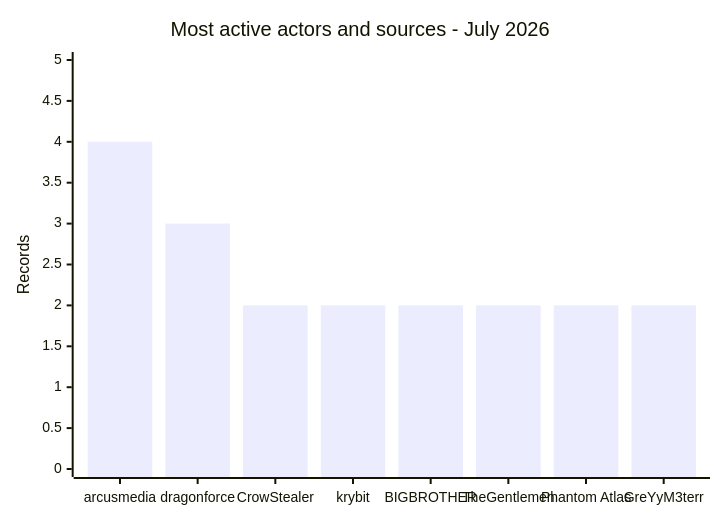
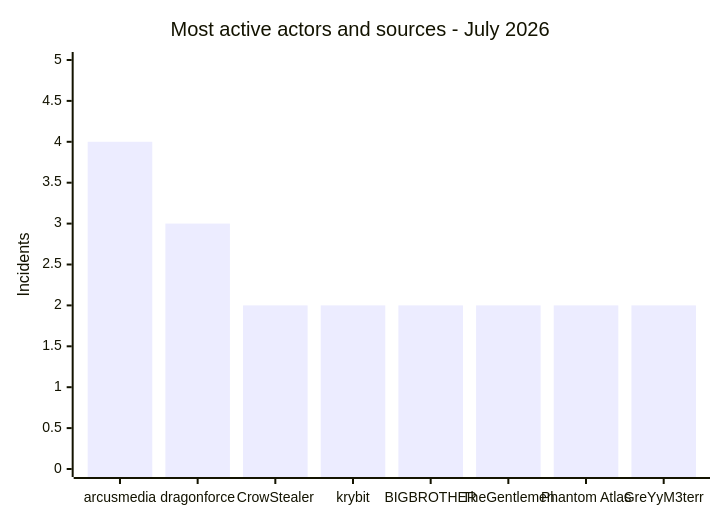
One commit to Hatchepsoute/AFRINTEL changed the eighth of 8 diagrams in CyberAttackAfrica/2026/07-july/README.md. Above: the diagram before and after it, drawn with Mermaid. The commit also changed other lines of this file and 5 other files, not shown here.

````diff
--- a/CyberAttackAfrica/2026/07-july/README.md
+++ b/CyberAttackAfrica/2026/07-july/README.md
@@ -271,7 +271,7 @@
 ```mermaid
-xychart-beta
+xychart
     title "Most active actors and sources - July 2026"
     x-axis ["arcusmedia","dragonforce","CrowStealer","krybit","BIGBROTHER","TheGentlemen","Phantom Atlas","GreYyM3terr"]
-    y-axis "Records" 0 --> 5
+    y-axis "Incidents" 0 --> 5
     bar [4,3,2,2,2,2,2,2]
 ```
````
